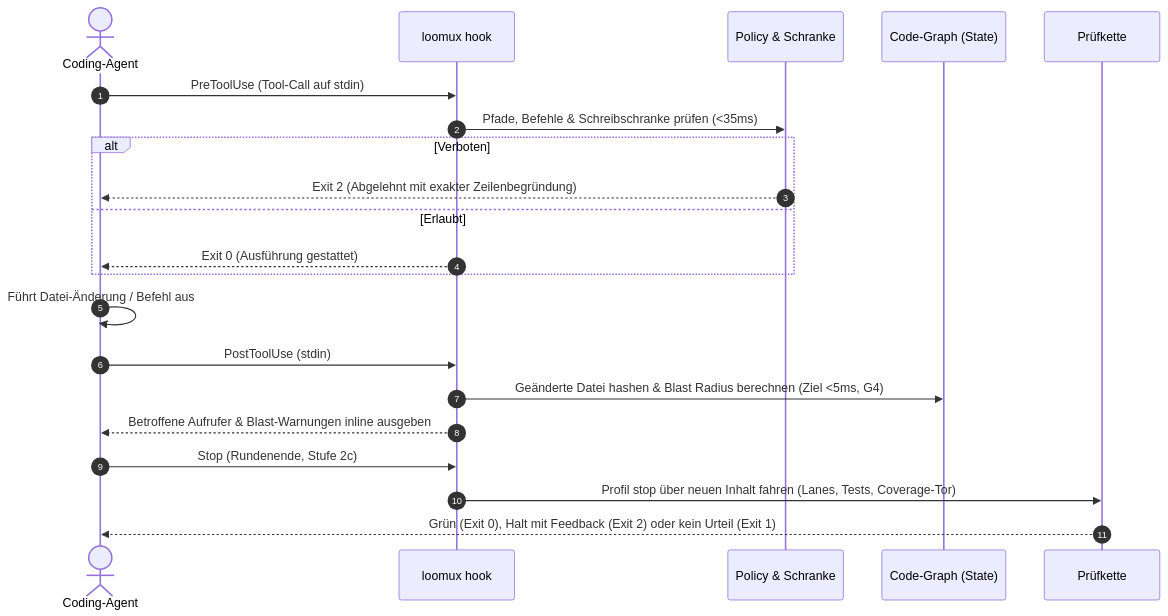
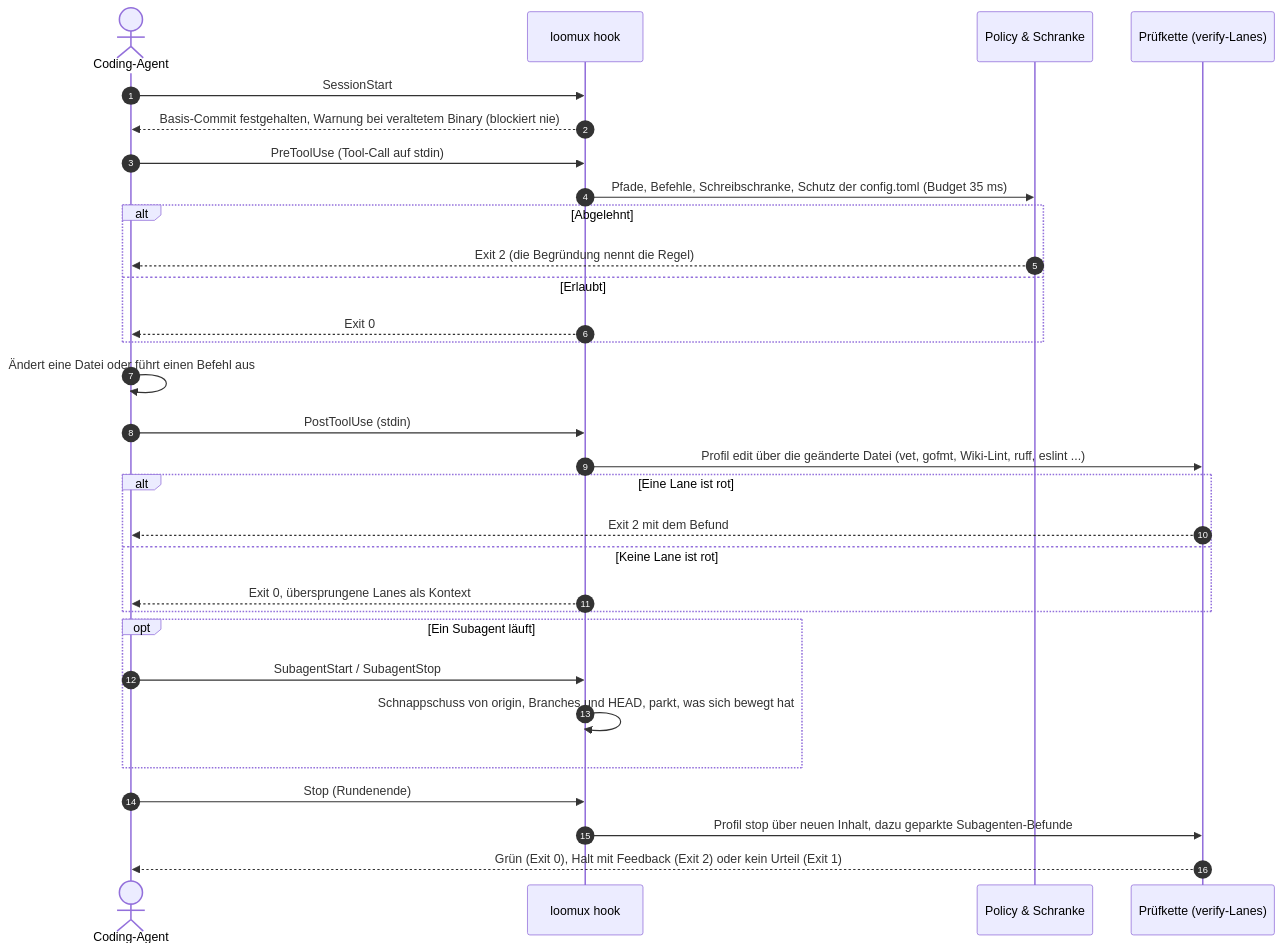
One commit to xidus90/loomux changed the second of 3 diagrams in README.de.md. Above: the diagram before and after it, drawn with Mermaid. The commit also changed other lines of this file and 9 other files, not shown here.

````diff
--- a/README.de.md
+++ b/README.de.md
@@ -46,27 +58,38 @@
 ```mermaid
 sequenceDiagram
     autonumber
     actor Agent as Coding-Agent
     participant Hook as loomux hook
     participant Policy as Policy & Schranke
-    participant Graph as Code-Graph (State)
-    participant Verify as Prüfkette
+    participant Verify as Prüfkette (verify-Lanes)
+
+    Agent->>Hook: SessionStart
+    Hook-->>Agent: Basis-Commit festgehalten, Warnung bei veraltetem Binary (blockiert nie)
 
     Agent->>Hook: PreToolUse (Tool-Call auf stdin)
-    Hook->>Policy: Pfade, Befehle & Schreibschranke prüfen (<35ms)
-    alt Verboten
-        Policy-->>Agent: Exit 2 (Abgelehnt mit exakter Zeilenbegründung)
+    Hook->>Policy: Pfade, Befehle, Schreibschranke, Schutz der config.toml (Budget 35 ms)
+    alt Abgelehnt
+        Policy-->>Agent: Exit 2 (die Begründung nennt die Regel)
     else Erlaubt
-        Hook-->>Agent: Exit 0 (Ausführung gestattet)
+        Hook-->>Agent: Exit 0
     end
 
-    Agent->>Agent: Führt Datei-Änderung / Befehl aus
+    Agent->>Agent: Ändert eine Datei oder führt einen Befehl aus
 
     Agent->>Hook: PostToolUse (stdin)
-    Hook->>Graph: Geänderte Datei hashen & Blast Radius berechnen (Ziel <5ms, G4)
-    Hook-->>Agent: Betroffene Aufrufer & Blast-Warnungen inline ausgeben
+    Hook->>Verify: Profil edit über die geänderte Datei (vet, gofmt, Wiki-Lint, ruff, eslint ...)
+    alt Eine Lane ist rot
+        Verify-->>Agent: Exit 2 mit dem Befund
+    else Keine Lane ist rot
+        Hook-->>Agent: Exit 0, übersprungene Lanes als Kontext
+    end
 
-    Agent->>Hook: Stop (Rundenende, Stufe 2c)
-    Hook->>Verify: Profil stop über neuen Inhalt fahren (Lanes, Tests, Coverage-Tor)
+    opt Ein Subagent läuft
+        Agent->>Hook: SubagentStart / SubagentStop
+        Hook->>Hook: Schnappschuss von origin, Branches und HEAD, parkt, was sich bewegt hat
+    end
+
+    Agent->>Hook: Stop (Rundenende)
+    Hook->>Verify: Profil stop über neuen Inhalt, dazu geparkte Subagenten-Befunde
     Verify-->>Agent: Grün (Exit 0), Halt mit Feedback (Exit 2) oder kein Urteil (Exit 1)
 ```
````
